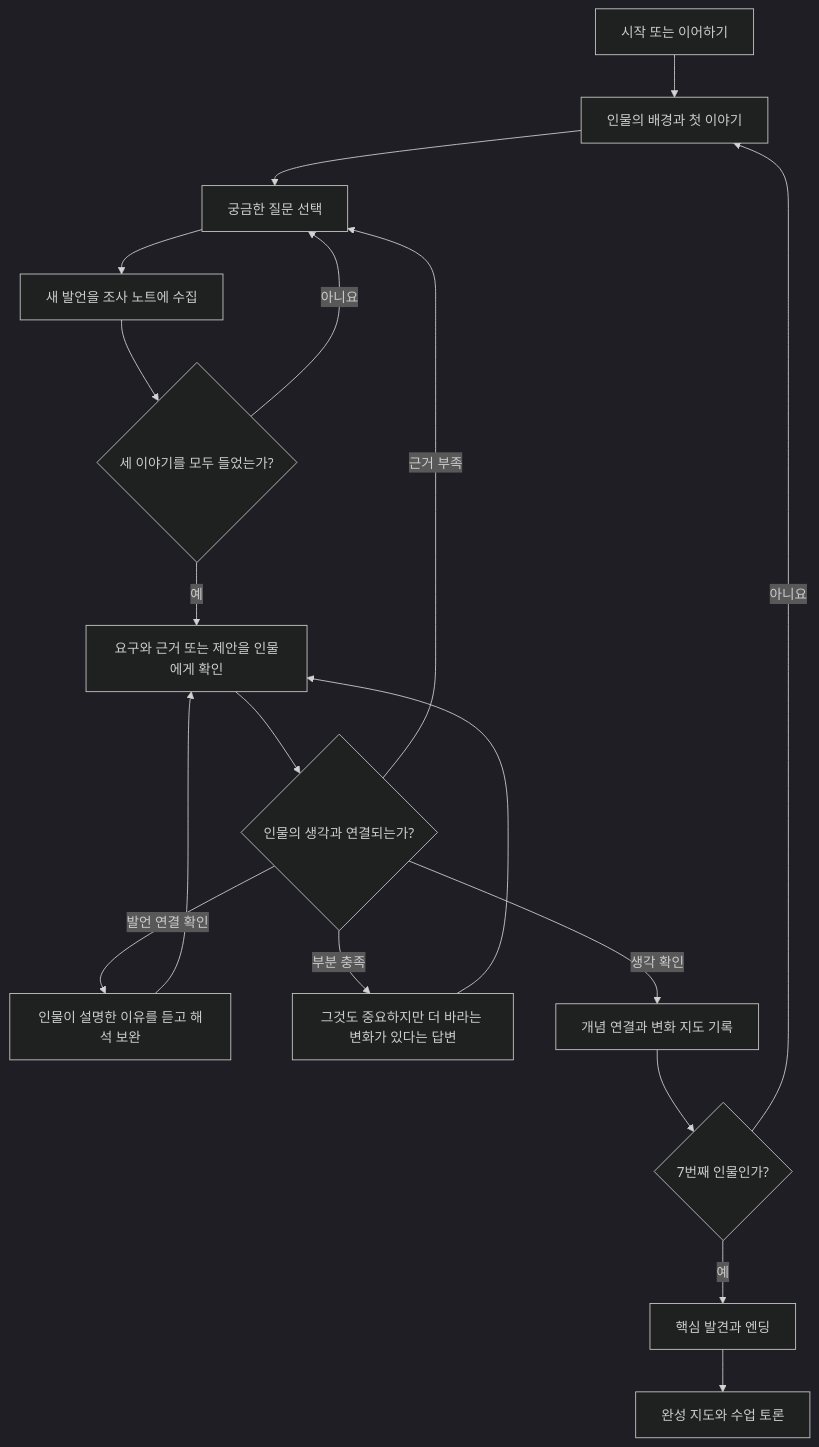
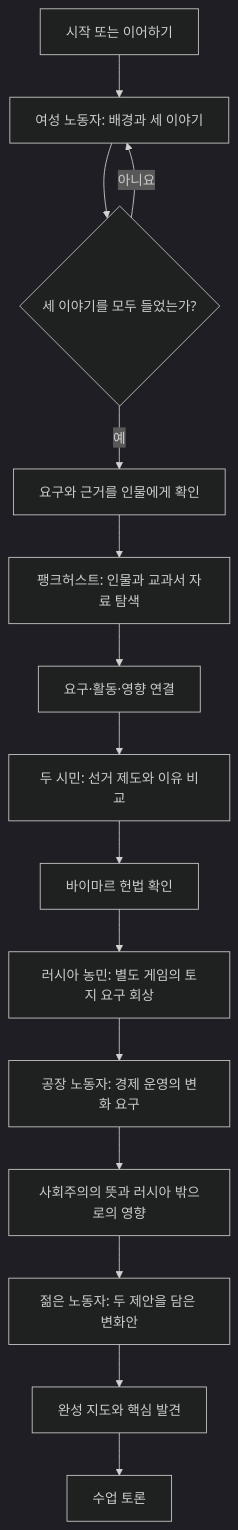
One commit to bon17/1919choice changed the first of 8 diagrams in docs/DIAGRAMS.md. Above: the diagram before and after it, drawn with Mermaid (dark theme). The commit also changed other lines of this file and 2 other files, not shown here.

````diff
--- a/docs/DIAGRAMS.md
+++ b/docs/DIAGRAMS.md
@@ -7,20 +7,17 @@
 ```mermaid
 flowchart TD
-    A[시작 또는 이어하기] --> B[인물의 배경과 첫 이야기]
-    B --> C[궁금한 질문 선택]
-    C --> D[새 발언을 조사 노트에 수집]
-    D --> R{세 이야기를 모두 들었는가?}
-    R -- 아니요 --> C
-    R -- 예 --> E[요구와 근거 또는 제안을 인물에게 확인]
-    E --> F{인물의 생각과 연결되는가?}
-    F -- 근거 부족 --> C
-    F -- 발언 연결 확인 --> G[인물이 설명한 이유를 듣고 해석 보완]
-    G --> E
-    F -- 부분 충족 --> H[그것도 중요하지만 더 바라는 변화가 있다는 답변]
-    H --> E
-    F -- 생각 확인 --> I[개념 연결과 변화 지도 기록]
-    I --> J{7번째 인물인가?}
-    J -- 아니요 --> B
-    J -- 예 --> K[핵심 발견과 엔딩]
-    K --> L[완성 지도와 수업 토론]
+    A[시작 또는 이어하기] --> B[여성 노동자: 배경과 세 이야기]
+    B --> C{세 이야기를 모두 들었는가?}
+    C -- 아니요 --> B
+    C -- 예 --> D[요구와 근거를 인물에게 확인]
+    D --> E[팽크허스트: 인물과 교과서 자료 탐색]
+    E --> F[요구·활동·영향 연결]
+    F --> G[두 시민: 선거 제도와 이유 비교]
+    G --> H[바이마르 헌법 확인]
+    H --> I[러시아 농민: 별도 게임의 토지 요구 회상]
+    I --> J[공장 노동자: 경제 운영의 변화 요구]
+    J --> K[사회주의의 뜻과 러시아 밖으로의 영향]
+    K --> L[젊은 노동자: 두 제안을 담은 변화안]
+    L --> M[완성 지도와 핵심 발견]
+    M --> N[수업 토론]
 ```
````
